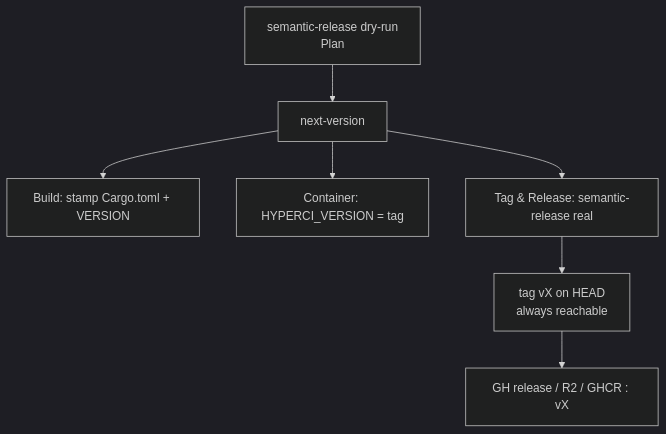
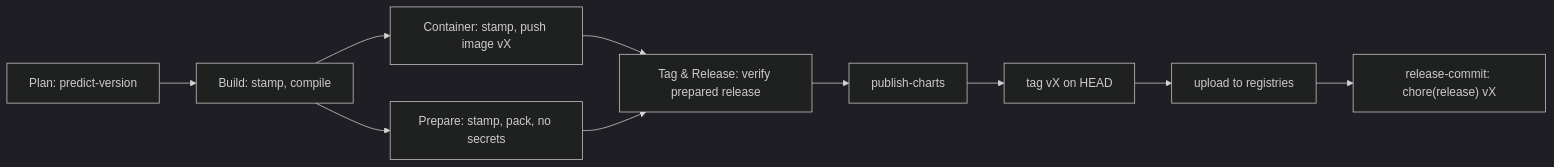
One commit to hyperi-io/hyperi-ci changed the third of 6 diagrams in docs/flow.md. Above: the diagram before and after it, drawn with Mermaid (dark theme). The commit also changed other lines of this file and 1 other file, not shown here.

First line of the commit message:
docs: split release-on-demand out of flow.md and draw the release path

````diff
--- a/docs/flow.md
+++ b/docs/flow.md
@@ -60,9 +49,12 @@
 ```mermaid
-flowchart TD
-    SR[semantic-release dry-run<br/>Plan] --> NV[next-version]
-    NV --> BS[Build: stamp Cargo.toml + VERSION]
-    NV --> CV[Container: HYPERCI_VERSION = tag]
-    NV --> R[Tag & Release: semantic-release real]
-    R --> T[tag vX on HEAD<br/>always reachable]
-    T --> GH[GH release / R2 / GHCR : vX]
+flowchart LR
+    PV["Plan: predict-version"] --> B["Build: stamp, compile"]
+    B --> C["Container: stamp, push image vX"]
+    B --> P["Prepare: stamp, pack, no secrets"]
+    C --> TR["Tag & Release: verify prepared release"]
+    P --> TR
+    TR --> HC["publish-charts"]
+    HC --> TG["tag vX on HEAD"]
+    TG --> UP["upload to registries"]
+    UP --> RC["release-commit: chore(release) vX"]
 ```
````
